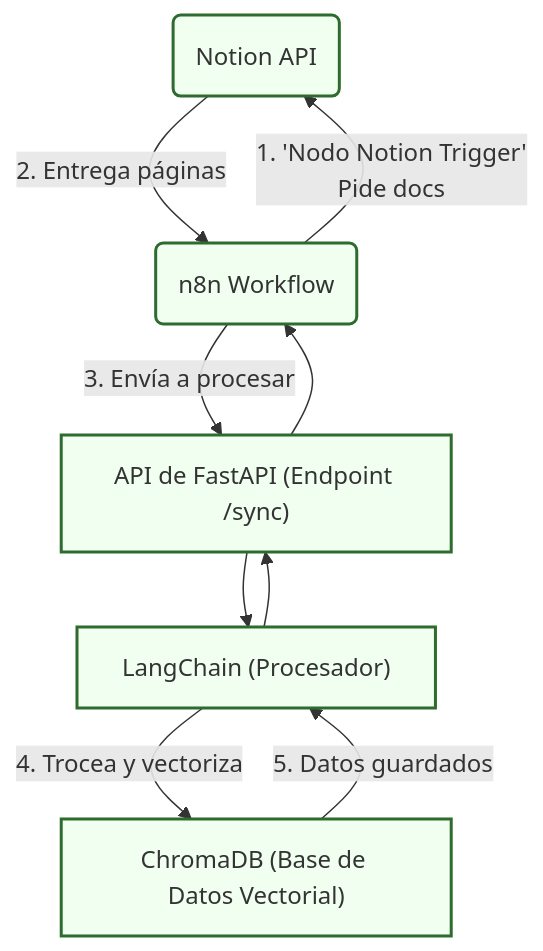
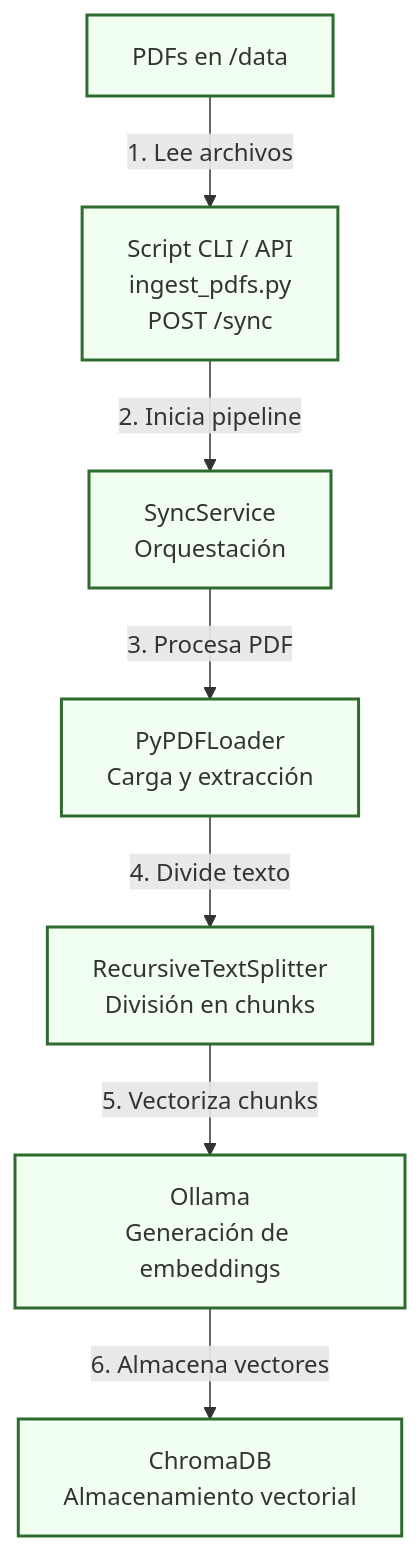
Before and after one commit to mrodespin/aibrarian: the second of 4 diagrams in README.md, drawn with Mermaid. The commit also changed other lines of this file and 34 other files, not shown here.

First line of the commit message:
Implement MVP backend with hexagonal architecture

````diff
--- a/README.md
+++ b/README.md
@@ -111,25 +113,25 @@
 ```mermaid
 flowchart TD
     %% --- Definiciones de Estilo ---
     classDef mvp fill:#f0fff0,stroke:#2e6b2e,stroke-width:2px;
 
     %% --- Nodos ---
-    A("Notion API")
-    C("n8n Workflow")
-    D["API de FastAPI (Endpoint /sync)"]
-    E["LangChain (Procesador)"]
-    F["ChromaDB (Base de Datos Vectorial)"]
-    
+    A["PDFs en /data"]
+    B["Script CLI / API<br>ingest_pdfs.py<br>POST /sync"]
+    C["SyncService<br>Orquestación"]
+    D["PyPDFLoader<br>Carga y extracción"]
+    E["RecursiveTextSplitter<br>División en chunks"]
+    F["Ollama<br>Generación de embeddings"]
+    G["ChromaDB<br>Almacenamiento vectorial"]
+
     %% --- Asignación de Clases ---
-    class A,C,D,E,F mvp
+    class A,B,C,D,E,F,G mvp
 
-    %% --- Flujo MVP (Corregido) ---
-    C -->|"1. 'Nodo Notion Trigger'<br>Pide docs"| A
-    A -->|2. Entrega páginas| C
-    C -->|3. Envía a procesar| D
-    D --> E
-    E -->|4. Trocea y vectoriza| F
-    F -->|5. Datos guardados| E
-    E --> D
-    D --> C
+    %% --- Flujo MVP ---
+    A -->|"1. Lee archivos"| B
+    B -->|"2. Inicia pipeline"| C
+    C -->|"3. Procesa PDF"| D
+    D -->|"4. Divide texto"| E
+    E -->|"5. Vectoriza chunks"| F
+    F -->|"6. Almacena vectores"| G
 ```
````
